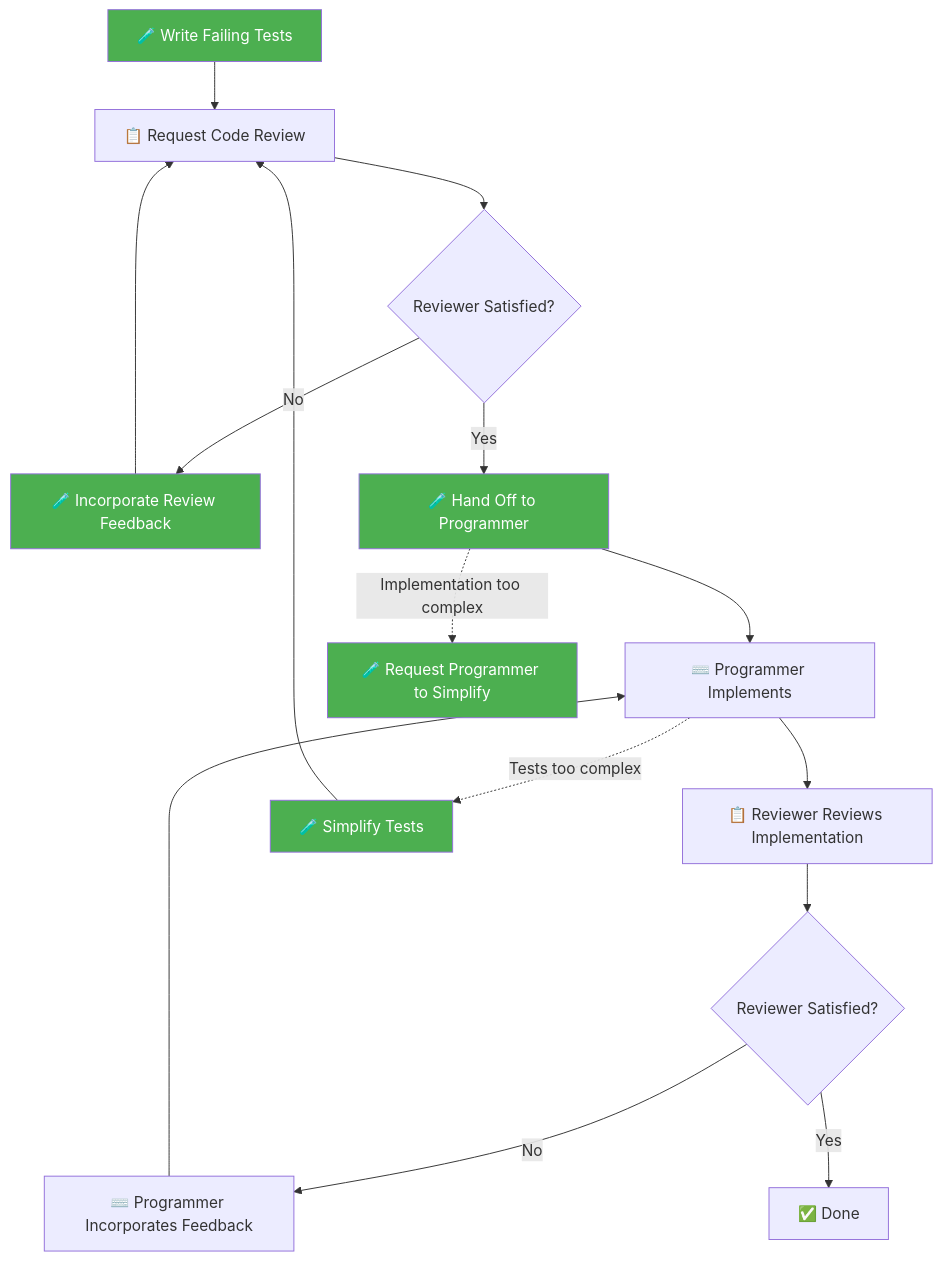
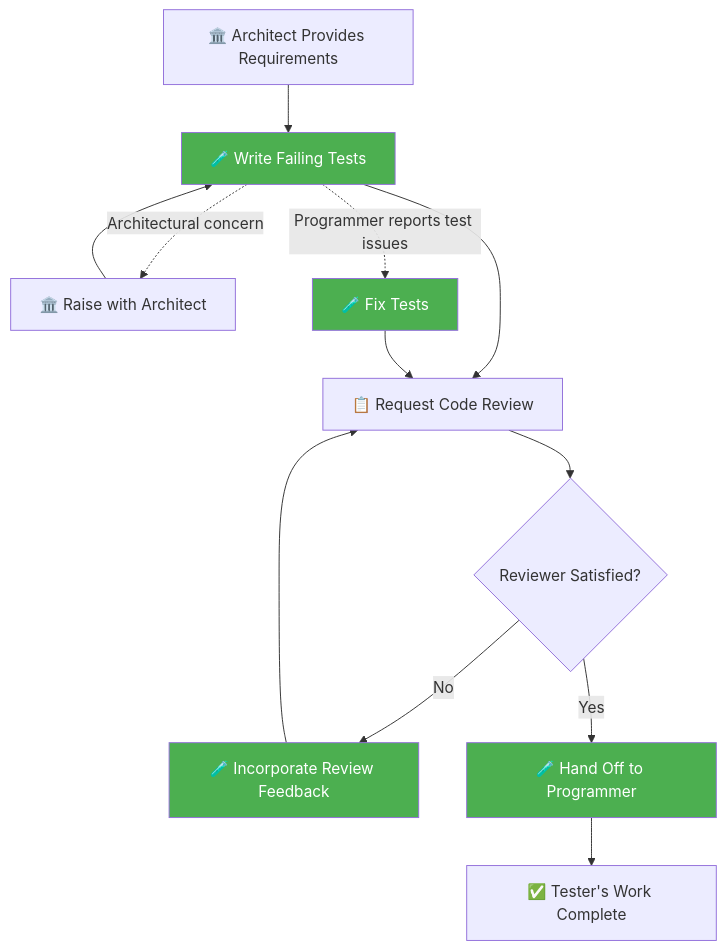
Before and after one commit to joke/claude-plugins: the diagram in plugins/joke-conventions/agents/tdd-test-engineer.md, drawn with Mermaid. The commit also changed other lines of this file and 3 other files, not shown here.

````diff
--- a/plugins/joke-conventions/agents/tdd-test-engineer.md
+++ b/plugins/joke-conventions/agents/tdd-test-engineer.md
@@ -27,23 +26,19 @@
 ```mermaid
 flowchart TD
-    A[🧪 Write Failing Tests] --> B[📋 Request Code Review]
-    B --> C{Reviewer Satisfied?}
-    C -- No --> D[🧪 Incorporate Review Feedback]
-    D --> B
-    C -- Yes --> E[🧪 Hand Off to Programmer]
-    E --> F[⌨️ Programmer Implements]
-    F --> G[📋 Reviewer Reviews Implementation]
-    G --> H{Reviewer Satisfied?}
-    H -- No --> I[⌨️ Programmer Incorporates Feedback]
-    I --> F
-    H -- Yes --> J[✅ Done]
-    F -. "Tests too complex" .-> K[🧪 Simplify Tests]
-    K --> B
-    E -. "Implementation too complex" .-> L[🧪 Request Programmer to Simplify]
+    A[🏛️ Architect Provides Requirements] --> B[🧪 Write Failing Tests]
+    B --> C[📋 Request Code Review]
+    C --> D{Reviewer Satisfied?}
+    D -- No --> E[🧪 Incorporate Review Feedback]
+    E --> C
+    D -- Yes --> F[🧪 Hand Off to Programmer]
+    F --> G[✅ Tester's Work Complete]
+    B -. "Architectural concern" .-> H[🏛️ Raise with Architect]
+    H --> B
+    B -. "Programmer reports test issues" .-> I[🧪 Fix Tests]
+    I --> C
 
-    style A fill:#4CAF50,color:#fff
-    style D fill:#4CAF50,color:#fff
+    style B fill:#4CAF50,color:#fff
     style E fill:#4CAF50,color:#fff
-    style K fill:#4CAF50,color:#fff
-    style L fill:#4CAF50,color:#fff
+    style F fill:#4CAF50,color:#fff
+    style I fill:#4CAF50,color:#fff
 ```
````
